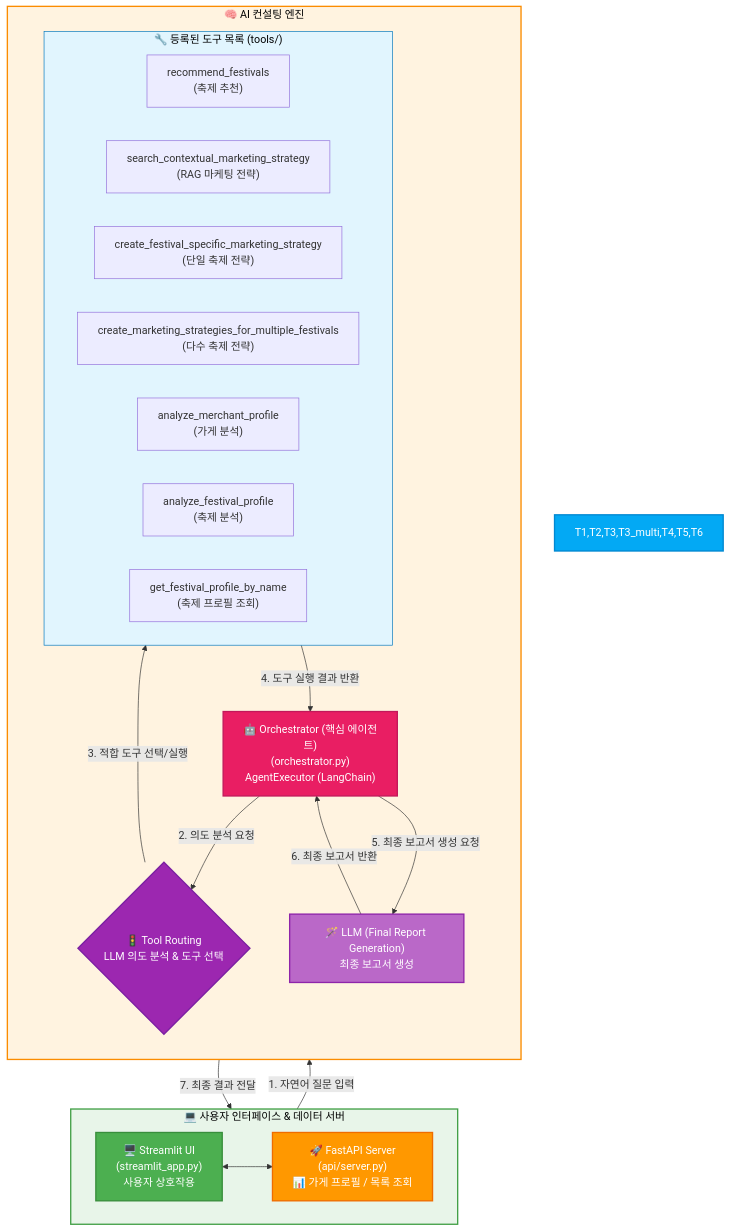
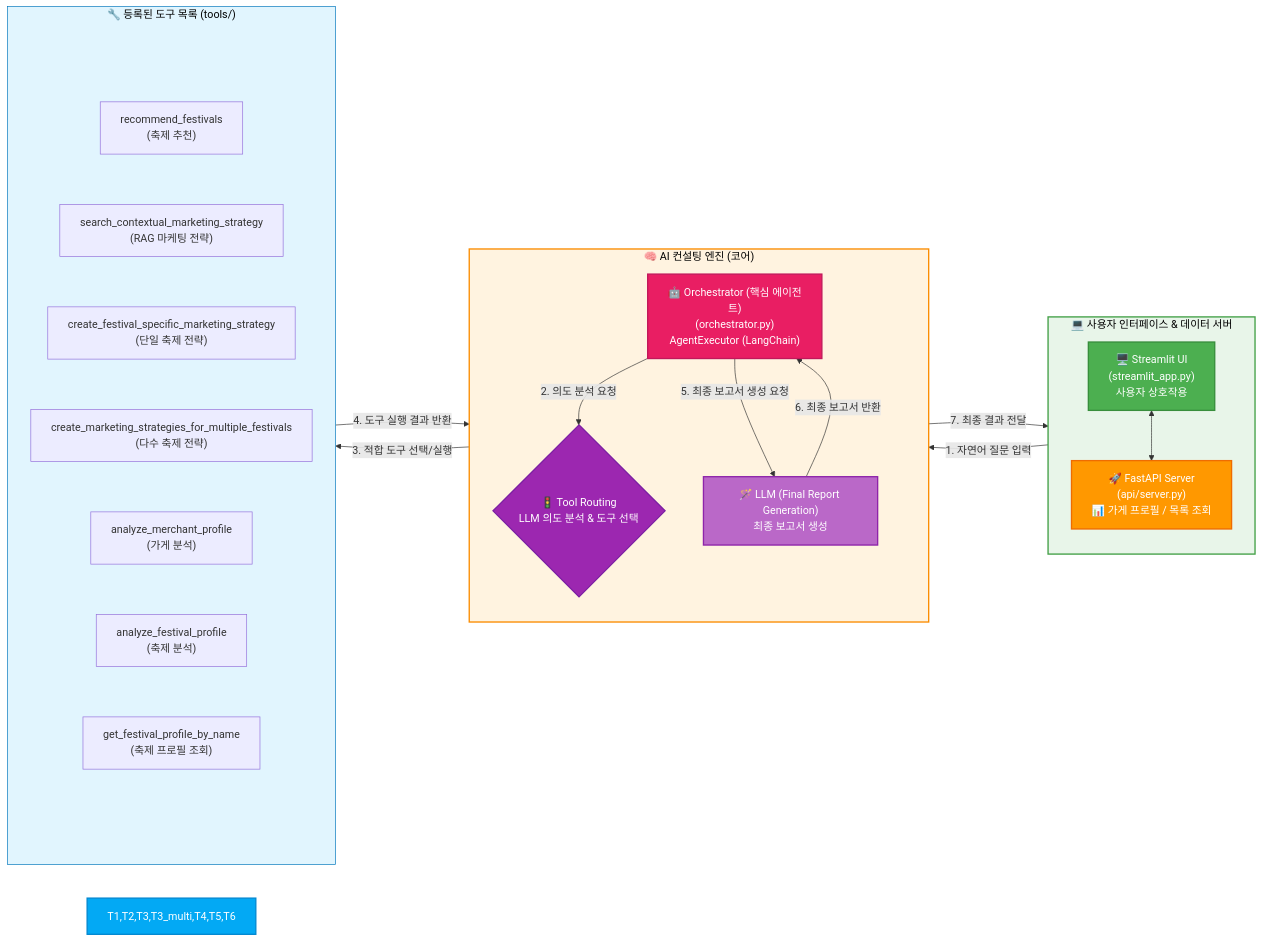
Before and after one commit to Synapse-Bigcontest/2025_bigcontest: the first of 4 diagrams in README.md, drawn with Mermaid.

````diff
--- a/README.md
+++ b/README.md
@@ -94,58 +94,77 @@
 ```mermaid
-graph TD
+graph LR
     %% ========================
-    %% 1. 사용자 인터페이스 & 데이터 서버 (상단)
-    %% - direction LR: 내부 요소(A, B)를 좌우로 배치
+    %% 1. (좌측) 사용자 인터페이스
     %% ========================
     subgraph SG_UserServer ["💻 사용자 인터페이스 & 데이터 서버"]
-        direction LR
-        A["🖥️ Streamlit UI\n(streamlit_app.py)\n사용자 상호작용"] <--> B["🚀 FastAPI Server\n(api/server.py)\n📊 가게 프로필 / 목록 조회"]
+        direction TB
+        A["🖥️ Streamlit UI\n(streamlit_app.py)\n사용자 상호작용"]
+        B["🚀 FastAPI Server\n(api/server.py)\n📊 가게 프로필 / 목록 조회"]
+        A <--> B
     end
 
     %% ========================
-    %% 2. AI 컨설팅 엔진 (하단)
-    %% - direction TB: 내부 요소(C, D, SG_Tools, LLM_Final)를 상하로 배치
+    %% 2. (중간) AI 컨설팅 엔진 (코어)
     %% ========================
-    subgraph SG_Engine ["🧠 AI 컨설팅 엔진"]
+    subgraph SG_Engine_Core ["🧠 AI 컨설팅 엔진 (코어)"]
         direction TB
         C["🤖 Orchestrator (핵심 에이전트)\n(orchestrator.py)\nAgentExecutor (LangChain)"]
         D{"🚦 Tool Routing\nLLM 의도 분석 & 도구 선택"}
-
-        subgraph SG_Tools ["🔧 등록된 도구 목록 (tools/)"]
-            %% direction이 명시되지 않으면 부모(SG_Engine)의 TB를 상속받아 세로 정렬됨
-            T1["recommend_festivals\n(축제 추천)"]
-            T2["search_contextual_marketing_strategy\n(RAG 마케팅 전략)"]
-            T3["create_festival_specific_marketing_strategy\n(단일 축제 전략)"]
-            T3_multi["create_marketing_strategies_for_multiple_festivals\n(다수 축제 전략)"]
-            T4["analyze_merchant_profile\n(가게 분석)"]
-            T5["analyze_festival_profile\n(축제 분석)"]
-            T6["get_festival_profile_by_name\n(축제 프로필 조회)"]
-        end
-
         LLM_Final["🪄 LLM (Final Report Generation)\n최종 보고서 생성"]
     end
 
     %% ========================
-    %% 3. 전체 흐름 연결
+    %% 3. (우측) 도구 목록 (세로 정렬 강제)
+    %% ========================
+    subgraph SG_Tools ["🔧 등록된 도구 목록 (tools/)"]
+        direction TB
+        
+        %% 보이지 않는 진입/진출 노드 정의
+        T_IN( )
+        
+        T1["recommend_festivals\n(축제 추천)"]
+        T2["search_contextual_marketing_strategy\n(RAG 마케팅 전략)"]
+        T3["create_festival_specific_marketing_strategy\n(단일 축제 전략)"]
+        T3_multi["create_marketing_strategies_for_multiple_festivals\n(다수 축제 전략)"]
+        T4["analyze_merchant_profile\n(가게 분석)"]
+        T5["analyze_festival_profile\n(축제 분석)"]
+        T6["get_festival_profile_by_name\n(축제 프로필 조회)"]
+        
+        T_OUT( )
+        
+        %% 세로 정렬 강제를 위한 보이지 않는 링크
+        T_IN ~~~ T1 ~~~ T2 ~~~ T3 ~~~ T3_multi ~~~ T4 ~~~ T5 ~~~ T6 ~~~ T_OUT
+    end
+
+    %% ========================
+    %% 4. 전체 흐름 연결 (LR 레이아웃 기준)
     %% ========================
     A -- "1. 자연어 질문 입력" --> C
     C -- "2. 의도 분석 요청" --> D
-    D -- "3. 적합 도구 선택/실행" --> SG_Tools
-    SG_Tools -- "4. 도구 실행 결과 반환" --> C
     C -- "5. 최종 보고서 생성 요청" --> LLM_Final
     LLM_Final -- "6. 최종 보고서 반환" --> C
     C -- "7. 최종 결과 전달" --> A
+    
+    %% 라우터 -> 도구 (진입점) / 도구 (진출점) -> Orchestrator
+    D -- "3. 적합 도구 선택/실행" --> T_IN
+    T_OUT -- "4. 도구 실행 결과 반환" --> C
 
     %% ========================
-    %% 4. 스타일 지정
+    %% 5. 스타일 지정
     %% ========================
     style A fill:#4CAF50,color:#fff,stroke:#388E3C,stroke-width:2px
     style B fill:#FF9800,color:#fff,stroke:#EF6C00,stroke-width:2px
     style C fill:#E91E63,color:#fff,stroke:#C2185B,stroke-width:2px
     style D fill:#9C27B0,color:#fff,stroke:#7B1FA2,stroke-width:2px,shape:diamond
+    style LLM_Final fill:#BA68C8,color:#fff,stroke:#8E24AA,stroke-width:2px
+    
+    style SG_UserServer fill:#E8F5E9,stroke:#43A047,stroke-width:2px,color:#000
+    style SG_Engine_Core fill:#FFF3E0,stroke:#FB8C00,stroke-width:2px,color:#000
     style SG_Tools fill:#E1F5FE, stroke:#0277BD,color:#000
+
     style T1,T2,T3,T3_multi,T4,T5,T6 fill:#03A9F4,color:#fff,stroke:#0288D1,stroke-width:2px,shape:hexagon
-    style LLM_Final fill:#BA68C8,color:#fff,stroke:#8E24AA,stroke-width:2px
-    style SG_UserServer fill:#E8F5E9,stroke:#43A047,stroke-width:2px,color:#000
-    style SG_Engine fill:#FFF3E0,stroke:#FB8C00,stroke-width:2px,color:#000
+    
+    %% 보이지 않는 노드 스타일
+    style T_IN fill:none,stroke:none
+    style T_OUT fill:none,stroke:none
 ```
````
